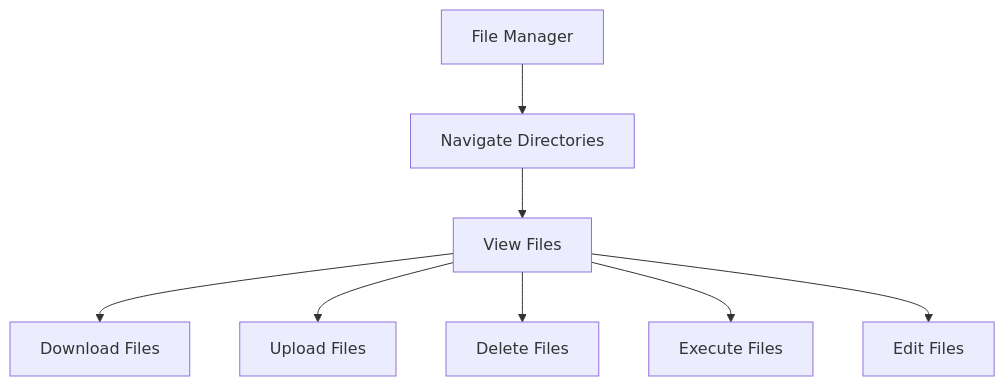
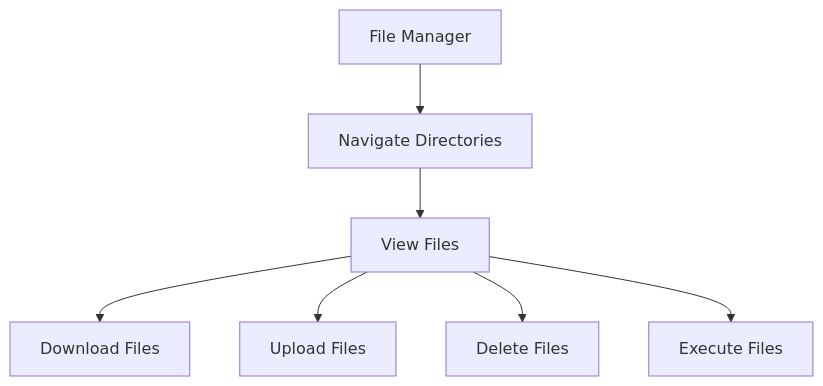
One commit to Aryma-f4/necromancy changed the third of 4 diagrams in README.md. Above: the diagram before and after it, drawn with Mermaid. The commit also changed other lines of this file and 3 other files, not shown here.

````diff
--- a/README.md
+++ b/README.md
@@ -123,10 +69,9 @@
 ```mermaid
 graph TD
     A[File Manager] --> B[Navigate Directories]
     B --> C[View Files]
     C --> D[Download Files]
     C --> E[Upload Files]
     C --> F[Delete Files]
     C --> G[Execute Files]
-    C --> H[Edit Files]
 ```
````
